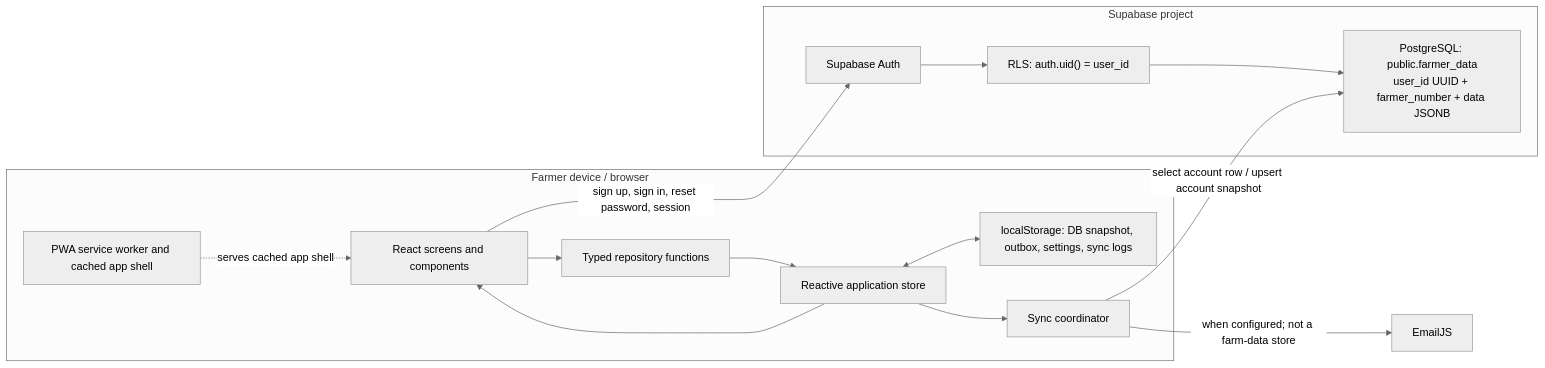
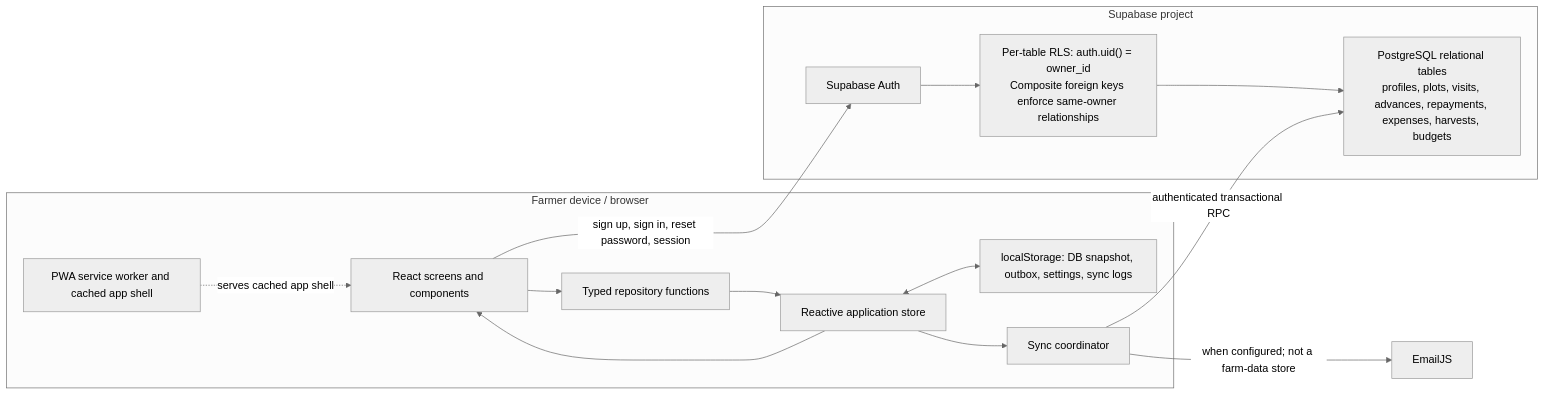
The first of 2 diagrams in PROJECT_DOCUMENTATION.md (Kurttyyy/AgriSync-app), drawn with Mermaid (neutral theme) before and after one commit. The commit also changed other lines of this file and 9 other files, not shown here.

````diff
--- a/PROJECT_DOCUMENTATION.md
+++ b/PROJECT_DOCUMENTATION.md
@@ -95,29 +93,29 @@
 ```mermaid
 flowchart LR
   subgraph Device["Farmer device / browser"]
     UI["React screens and components"]
     Repo["Typed repository functions"]
     Store["Reactive application store"]
     Local["localStorage: DB snapshot, outbox, settings, sync logs"]
     SW["PWA service worker and cached app shell"]
     Sync["Sync coordinator"]
     UI --> Repo
     Repo --> Store
     Store <--> Local
     Store --> UI
     Store --> Sync
     SW -. serves cached app shell .-> UI
   end
 
   subgraph Supabase["Supabase project"]
     Auth["Supabase Auth"]
-    RLS["PostgreSQL: public.farmer_data\nuser_id UUID + farmer_number + data JSONB"]
-    Policy["RLS: auth.uid() = user_id"]
+      RLS["PostgreSQL relational tables\nprofiles, plots, visits, advances, repayments, expenses, harvests, budgets"]
+    Policy["Per-table RLS: auth.uid() = owner_id\nComposite foreign keys enforce same-owner relationships"]
     Auth --> Policy
     Policy --> RLS
   end
 
-  Sync -->|"select account row / upsert account snapshot"| RLS
+  Sync -->|"authenticated transactional RPC"| RLS
   UI -->|"sign up, sign in, reset password, session"| Auth
   Sync -->|"when configured; not a farm-data store"| Email["EmailJS"]
 ```
````
